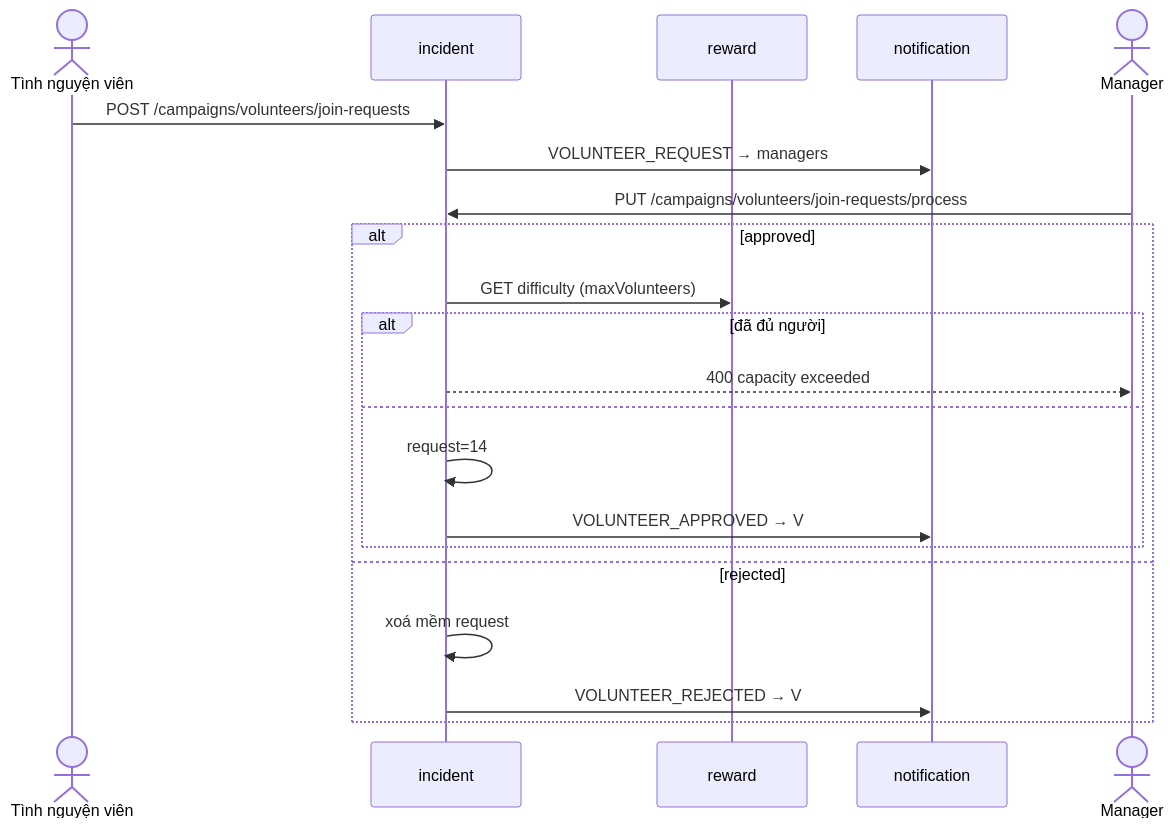
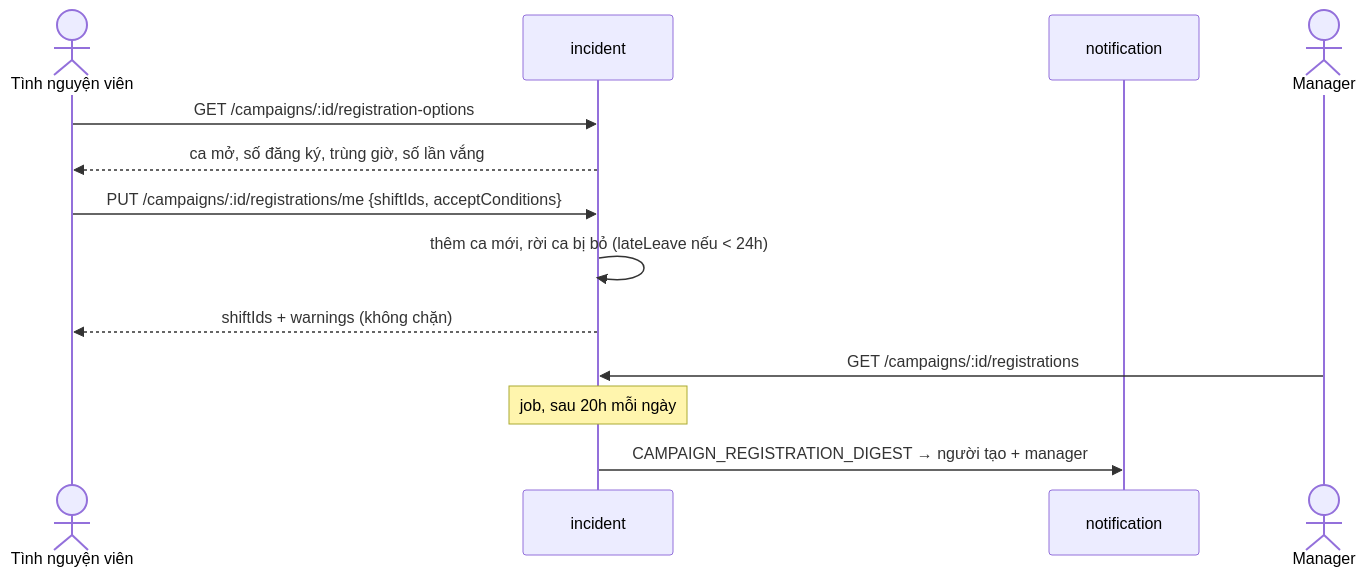
Before and after one commit to DOAN2-UQT-KN/ecolink-docs: diagram 18 of 26 in 02-business-flows.md, drawn with Mermaid. The commit also changed other lines of this file and 9 other files, not shown here.

Commit message:
docs: sắp diễn ra, giờ ca, đăng ký theo ca

````diff
--- a/02-business-flows.md
+++ b/02-business-flows.md
@@ -771,23 +775,15 @@
 ```mermaid
 sequenceDiagram
   actor V as Tình nguyện viên
   participant INC as incident
-  participant RW as reward
   participant NS as notification
   actor M as Manager
-  V->>INC: POST /campaigns/volunteers/join-requests
-  INC->>NS: VOLUNTEER_REQUEST → managers
-  M->>INC: PUT /campaigns/volunteers/join-requests/process
-  alt approved
-    INC->>RW: GET difficulty (maxVolunteers)
-    alt đã đủ người
-      INC-->>M: 400 capacity exceeded
-    else
-      INC->>INC: request=14
-      INC->>NS: VOLUNTEER_APPROVED → V
-    end
-  else rejected
-    INC->>INC: xoá mềm request
-    INC->>NS: VOLUNTEER_REJECTED → V
-  end
+  V->>INC: GET /campaigns/:id/registration-options
+  INC-->>V: ca mở, số đăng ký, trùng giờ, số lần vắng
+  V->>INC: PUT /campaigns/:id/registrations/me {shiftIds, acceptConditions}
+  INC->>INC: thêm ca mới, rời ca bị bỏ (lateLeave nếu < 24h)
+  INC-->>V: shiftIds + warnings (không chặn)
+  M->>INC: GET /campaigns/:id/registrations
+  Note over INC: job, sau 20h mỗi ngày
+  INC->>NS: CAMPAIGN_REGISTRATION_DIGEST → người tạo + manager
 ```
````
